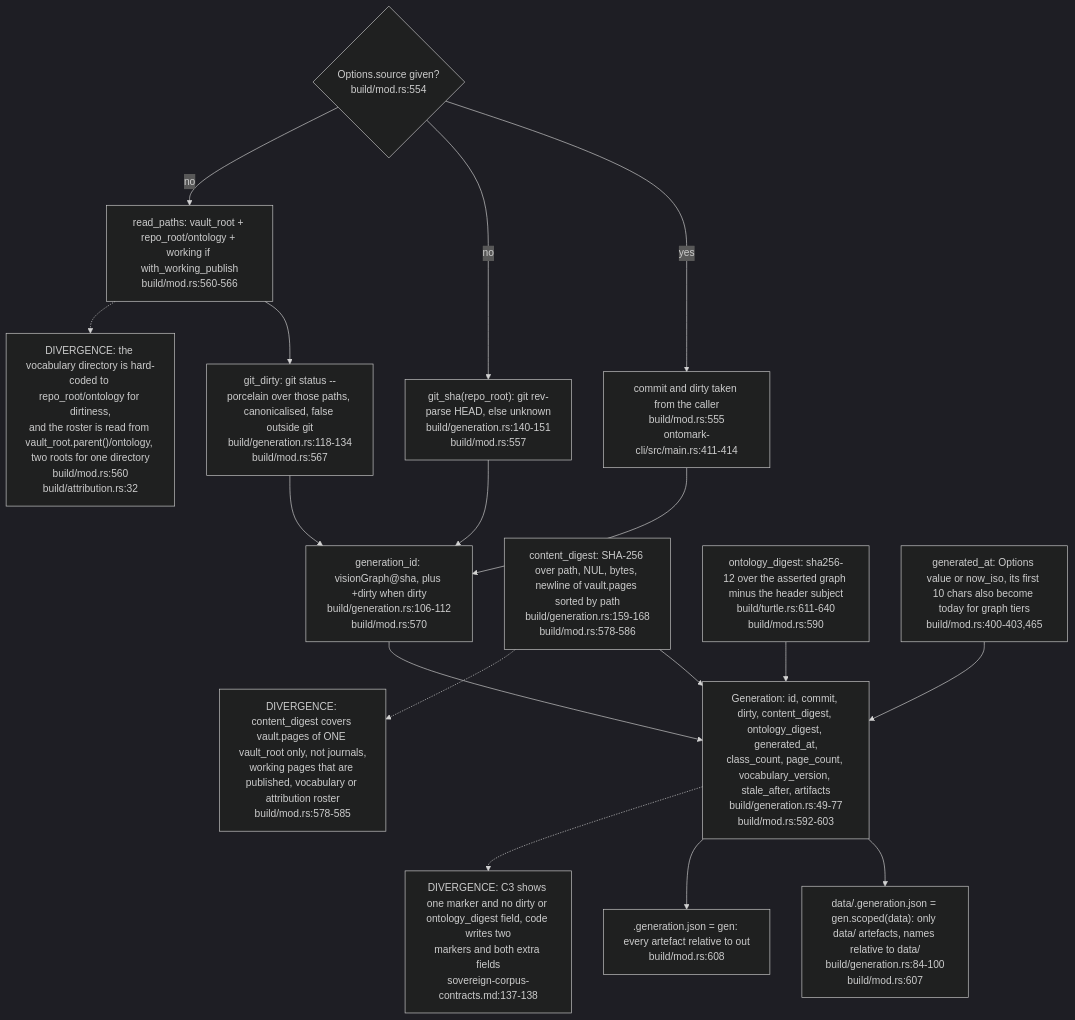
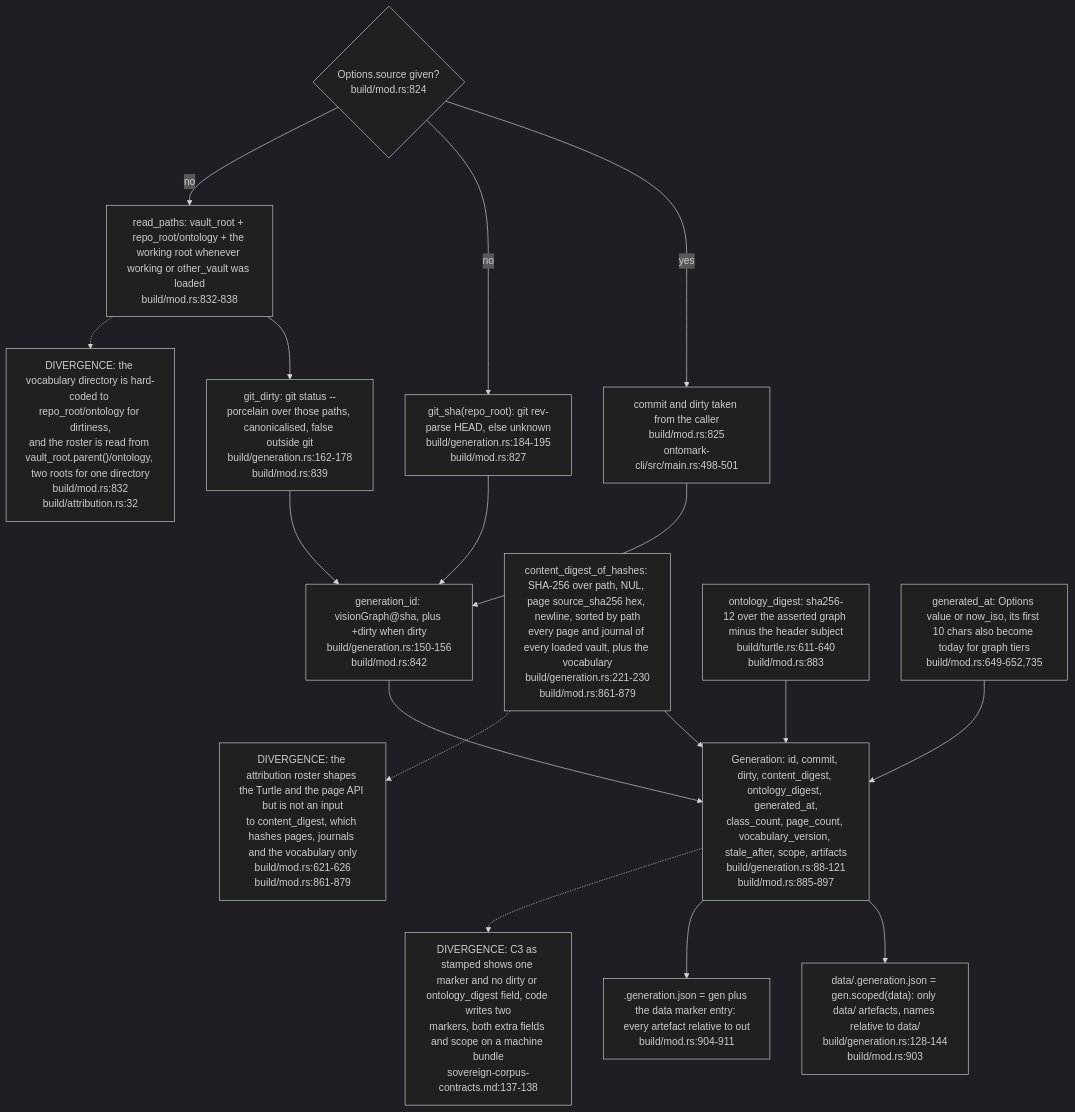
The sixth of 7 diagrams in docs/diagrams/ontomark/03-build-run-gates-staging-and-generation.md (DreamLab-AI/VisionFlow), drawn with Mermaid (dark theme) before and after one commit. The commit also changed other lines of this file and 10 other files, not shown here.

First line of the commit message:
docs(diagrams): re-stamp the ontomark corpus at ee9e04a; OM-06 machine scope and ingest contract

````diff
--- a/docs/diagrams/ontomark/03-build-run-gates-staging-and-generation.md
+++ b/docs/diagrams/ontomark/03-build-run-gates-staging-and-generation.md
@@ -206,30 +217,30 @@
 ```mermaid
 flowchart TD
-    SRC{"Options.source given?<br/>build/mod.rs:554"}
-    GIVEN["commit and dirty taken from the caller<br/>build/mod.rs:555<br/>ontomark-cli/src/main.rs:411-414"]
-    SHA["git_sha(repo_root): git rev-parse HEAD, else unknown<br/>build/generation.rs:140-151<br/>build/mod.rs:557"]
-    PATHS["read_paths: vault_root + repo_root/ontology + working if with_working_publish<br/>build/mod.rs:560-566"]
-    DIRTY["git_dirty: git status --porcelain over those paths, canonicalised, false outside git<br/>build/generation.rs:118-134<br/>build/mod.rs:567"]
-    ID["generation_id: visionGraph@sha, plus +dirty when dirty<br/>build/generation.rs:106-112<br/>build/mod.rs:570"]
-    CD["content_digest: SHA-256 over path, NUL, bytes, newline of vault.pages sorted by path<br/>build/generation.rs:159-168<br/>build/mod.rs:578-586"]
-    OD["ontology_digest: sha256-12 over the asserted graph minus the header subject<br/>build/turtle.rs:611-640<br/>build/mod.rs:590"]
-    GEN["Generation: id, commit, dirty, content_digest, ontology_digest, generated_at,<br/>class_count, page_count, vocabulary_version, stale_after, artifacts<br/>build/generation.rs:49-77<br/>build/mod.rs:592-603"]
-    M1["data/.generation.json = gen.scoped(data): only data/ artefacts, names relative to data/<br/>build/generation.rs:84-100<br/>build/mod.rs:607"]
-    M2[".generation.json = gen: every artefact relative to out<br/>build/mod.rs:608"]
-    GA["generated_at: Options value or now_iso, its first 10 chars also become today for graph tiers<br/>build/mod.rs:400-403,465"]
-    N1["DIVERGENCE: content_digest covers vault.pages of ONE vault_root only, not journals,<br/>working pages that are published, vocabulary or attribution roster<br/>build/mod.rs:578-585"]
-    N2["DIVERGENCE: C3 shows one marker and no dirty or ontology_digest field, code writes two<br/>markers and both extra fields<br/>sovereign-corpus-contracts.md:137-138"]
-    N3["DIVERGENCE: the vocabulary directory is hard-coded to repo_root/ontology for dirtiness,<br/>and the roster is read from vault_root.parent()/ontology, two roots for one directory<br/>build/mod.rs:560<br/>build/attribution.rs:32"]
+    SRC{"Options.source given?<br/>build/mod.rs:824"}
+    GIVEN["commit and dirty taken from the caller<br/>build/mod.rs:825<br/>ontomark-cli/src/main.rs:498-501"]
+    SHA["git_sha(repo_root): git rev-parse HEAD, else unknown<br/>build/generation.rs:184-195<br/>build/mod.rs:827"]
+    PATHS["read_paths: vault_root + repo_root/ontology + the working root whenever working or other_vault was loaded<br/>build/mod.rs:832-838"]
+    DIRTY["git_dirty: git status --porcelain over those paths, canonicalised, false outside git<br/>build/generation.rs:162-178<br/>build/mod.rs:839"]
+    ID["generation_id: visionGraph@sha, plus +dirty when dirty<br/>build/generation.rs:150-156<br/>build/mod.rs:842"]
+    CD["content_digest_of_hashes: SHA-256 over path, NUL, page source_sha256 hex, newline, sorted by path<br/>every page and journal of every loaded vault, plus the vocabulary<br/>build/generation.rs:221-230<br/>build/mod.rs:861-879"]
+    OD["ontology_digest: sha256-12 over the asserted graph minus the header subject<br/>build/turtle.rs:611-640<br/>build/mod.rs:883"]
+    GEN["Generation: id, commit, dirty, content_digest, ontology_digest, generated_at,<br/>class_count, page_count, vocabulary_version, stale_after, scope, artifacts<br/>build/generation.rs:88-121<br/>build/mod.rs:885-897"]
+    M1["data/.generation.json = gen.scoped(data): only data/ artefacts, names relative to data/<br/>build/generation.rs:128-144<br/>build/mod.rs:903"]
+    M2[".generation.json = gen plus the data marker entry: every artefact relative to out<br/>build/mod.rs:904-911"]
+    GA["generated_at: Options value or now_iso, its first 10 chars also become today for graph tiers<br/>build/mod.rs:649-652,735"]
+    N1["DIVERGENCE: the attribution roster shapes the Turtle and the page API but is not an input<br/>to content_digest, which hashes pages, journals and the vocabulary only<br/>build/mod.rs:621-626<br/>build/mod.rs:861-879"]
+    N2["DIVERGENCE: C3 as stamped shows one marker and no dirty or ontology_digest field, code writes two<br/>markers, both extra fields and scope on a machine bundle<br/>sovereign-corpus-contracts.md:137-138"]
+    N3["DIVERGENCE: the vocabulary directory is hard-coded to repo_root/ontology for dirtiness,<br/>and the roster is read from vault_root.parent()/ontology, two roots for one directory<br/>build/mod.rs:832<br/>build/attribution.rs:32"]
     SRC -- yes --> GIVEN --> ID
     SRC -- no --> SHA --> ID
     SRC -- no --> PATHS --> DIRTY --> ID
     ID --> GEN
     CD --> GEN
     OD --> GEN
     GA --> GEN
     GEN --> M1
     GEN --> M2
     CD -.-> N1
     GEN -.-> N2
     PATHS -.-> N3
 ```
````
